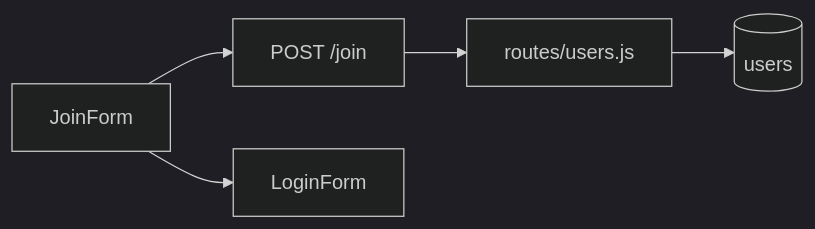
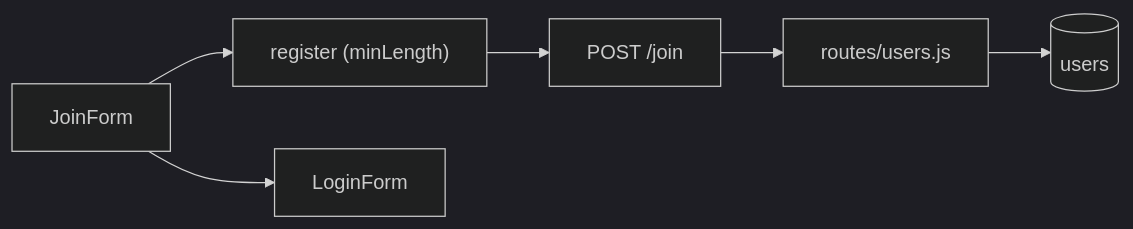
The eighth of 15 diagrams in .projectcode/wiki/scenarios.md (metakit-sorucecode/react-blog), drawn with Mermaid (dark theme) before and after one commit. The commit also changed other lines of this file and 5 other files, not shown here.

````diff
--- a/.projectcode/wiki/scenarios.md
+++ b/.projectcode/wiki/scenarios.md
@@ -160,7 +160,8 @@
 ```mermaid
 flowchart LR
-  A[JoinForm] --> B["POST /join"]
-  B --> C[routes/users.js]
-  C --> D[(users)]
-  A --> E[LoginForm]
+  A[JoinForm] --> B["register (minLength)"]
+  B --> C["POST /join"]
+  C --> D[routes/users.js]
+  D --> E[(users)]
+  A --> F[LoginForm]
 ```
````
